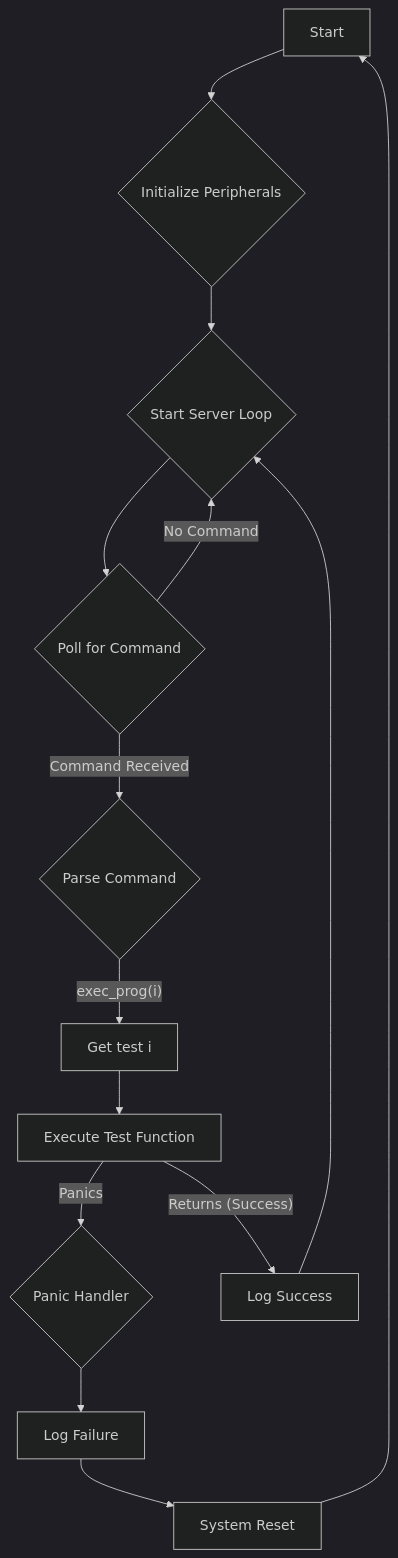
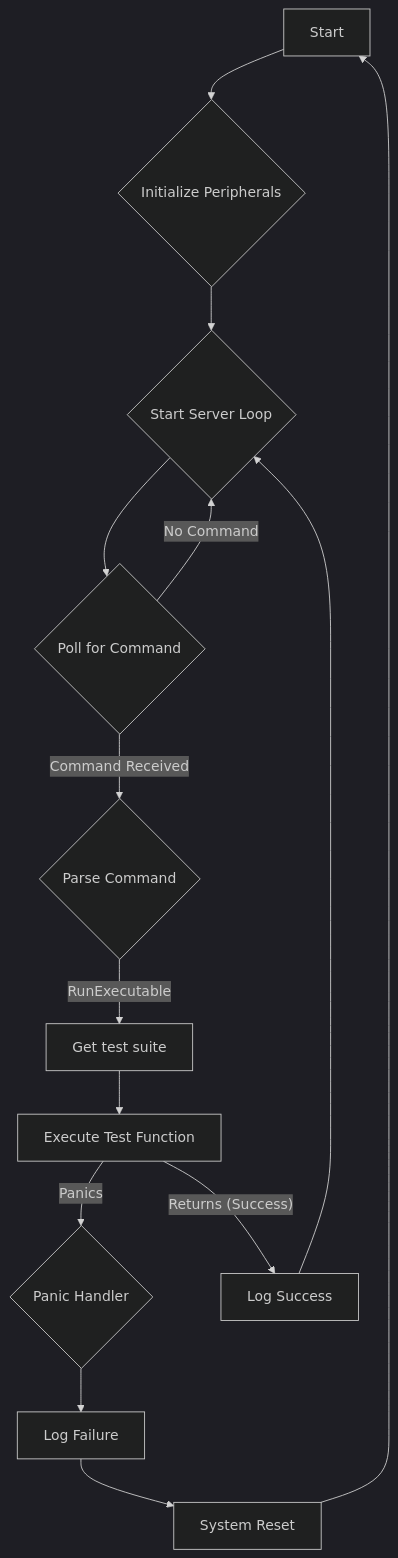
The diagram in documentation/hil-runner-design-doc.md (Dyse-Industries/control-rs), drawn with Mermaid (dark theme) before and after one commit. The commit also changed other lines of this file and 3 other files, not shown here.

````diff
--- a/documentation/hil-runner-design-doc.md
+++ b/documentation/hil-runner-design-doc.md
@@ -154,16 +165,16 @@
 ```mermaid
 graph TD
     A[Start] --> B{Initialize Peripherals};
     B --> C{Start Server Loop};
     C --> D{Poll for Command};
     D -- Command Received --> E{Parse Command};
-    E -- exec_prog(i) --> F[Get test i];
+    E -- RunExecutable --> F[Get test suite];
     F --> G[Execute Test Function];
     G -- Panics --> H{Panic Handler};
     H --> I[Log Failure];
     I --> J[System Reset];
     J --> A;
     G -- Returns (Success) --> K[Log Success];
     K --> C;
     D -- No Command --> C;
 ```
````
